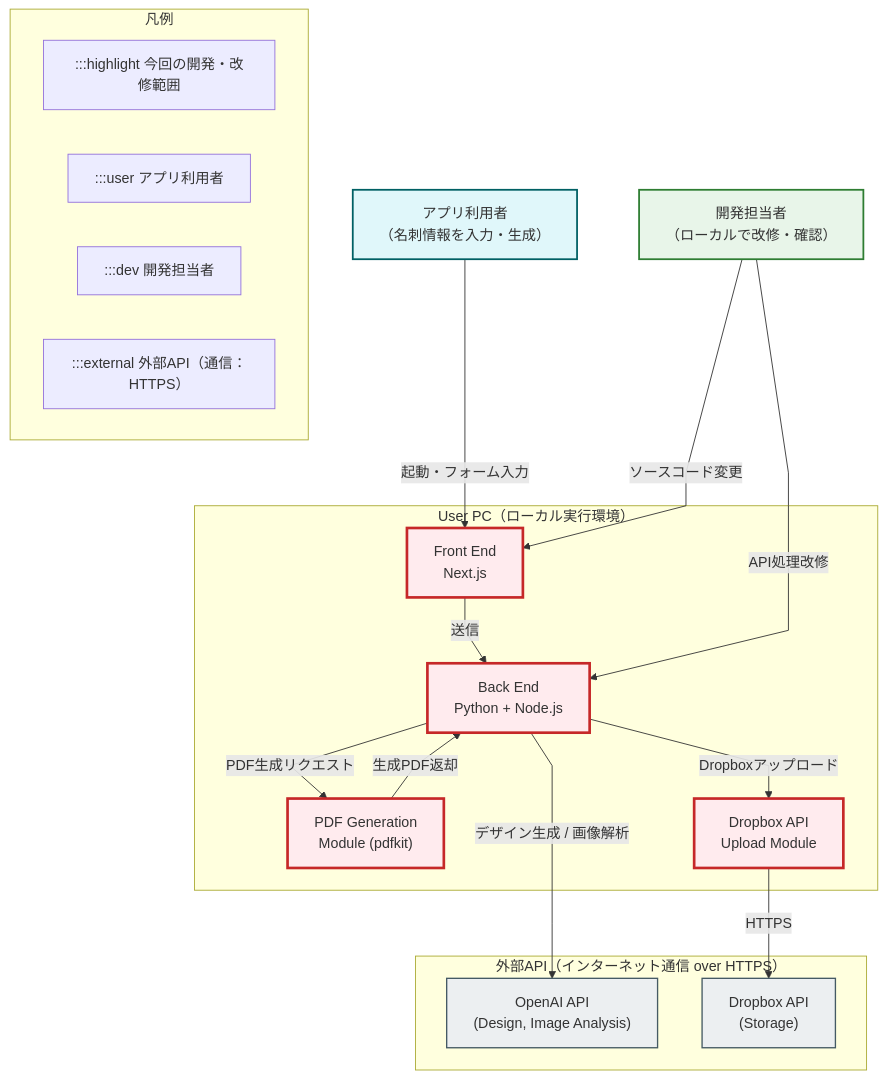
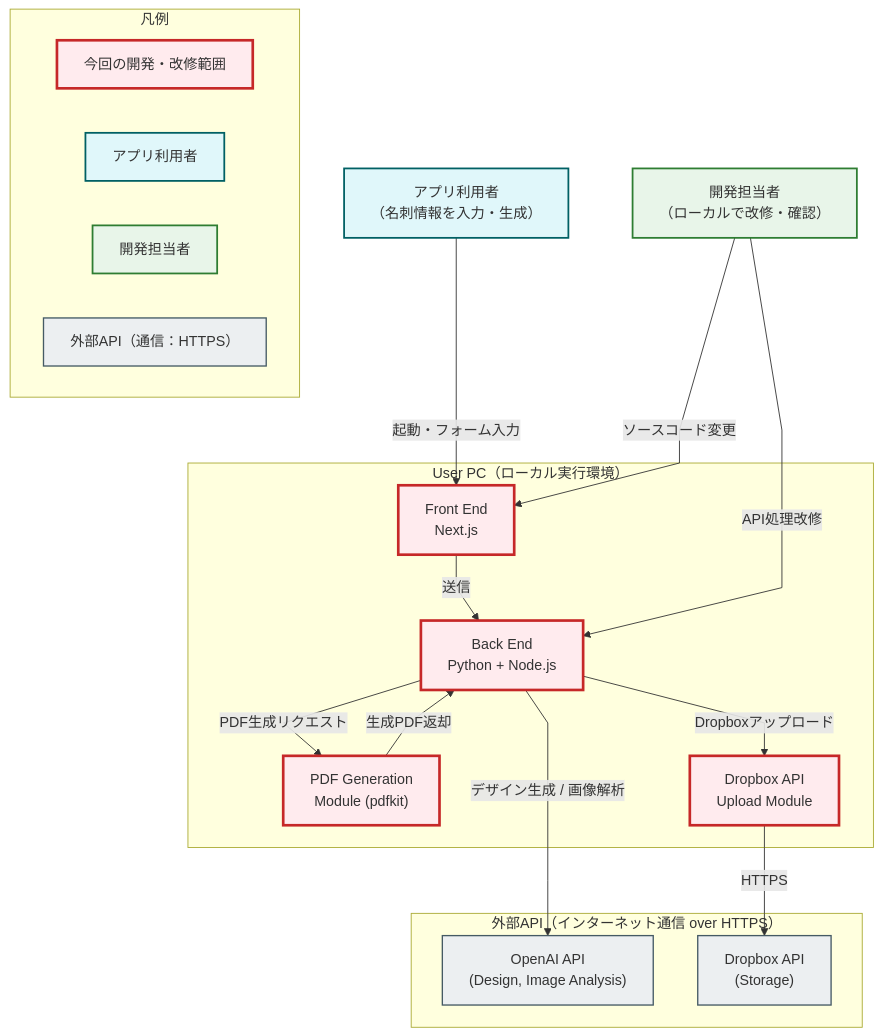
The diagram in README.md (k1105/meishi_generator), drawn with Mermaid before and after one commit.

````diff
--- a/README.md
+++ b/README.md
@@ -1,50 +1,50 @@
 ```mermaid
 %%{init: {'theme': 'default', 'flowchart': { 'curve': 'linear', 'nodeSpacing': 50, 'rankSpacing': 50 }}}%%
 flowchart TD
 
     %% スタイル定義
-    classDef user fill:#E0F7FA,stroke:#006064,stroke-width:2px;
-    classDef dev fill:#E8F5E9,stroke:#2E7D32,stroke-width:2px;
-    classDef api fill:#FFF3E0,stroke:#EF6C00,stroke-width:2px;
-    classDef external fill:#ECEFF1,stroke:#455A64,stroke-width:1.5px;
-    classDef highlight fill:#FFEBEE,stroke:#C62828,stroke-width:3px;
+    classDef user fill:#E0F7FA,stroke:#006064,stroke-width:2px
+    classDef dev fill:#E8F5E9,stroke:#2E7D32,stroke-width:2px
+    classDef api fill:#FFF3E0,stroke:#EF6C00,stroke-width:2px
+    classDef external fill:#ECEFF1,stroke:#455A64,stroke-width:1.5px
+    classDef highlight fill:#FFEBEE,stroke:#C62828,stroke-width:3px
 
     %% ユーザー・開発者
-    User["アプリ利用者\n（名刺情報を入力・生成）"]:::user
-    Dev["開発担当者\n（ローカルで改修・確認）"]:::dev
+    User["アプリ利用者<br/>（名刺情報を入力・生成）"]:::user
+    Dev["開発担当者<br/>（ローカルで改修・確認）"]:::dev
 
     %% ローカル環境
     subgraph UserPC_LocalEnvironment["User PC（ローカル実行環境）"]
-        UI["Front End\nNext.js"]:::highlight
-        API["Back End\nPython + Node.js"]:::highlight
-        PDFGen["PDF Generation\nModule (pdfkit)"]:::highlight
-        DropUpload["Dropbox API\nUpload Module"]:::highlight
+        UI["Front End<br/>Next.js"]:::highlight
+        API["Back End<br/>Python + Node.js"]:::highlight
+        PDFGen["PDF Generation<br/>Module (pdfkit)"]:::highlight
+        DropUpload["Dropbox API<br/>Upload Module"]:::highlight
     end
 
     %% 外部API
     subgraph ExternalAPI["外部API（インターネット通信 over HTTPS）"]
-        OpenAI["OpenAI API\n(Design, Image Analysis)"]:::external
-        Dropbox["Dropbox API\n(Storage)"]:::external
+        OpenAI["OpenAI API<br/>(Design, Image Analysis)"]:::external
+        Dropbox["Dropbox API<br/>(Storage)"]:::external
     end
 
     %% アクセス経路
     User -->|起動・フォーム入力| UI
     UI -->|送信| API
     API -->|PDF生成リクエスト| PDFGen
     PDFGen -->|生成PDF返却| API
     API -->|Dropboxアップロード| DropUpload
     DropUpload -->|HTTPS| Dropbox
     API -->|デザイン生成 / 画像解析| OpenAI
 
     %% 開発者の経路
     Dev -->|ソースコード変更| UI
     Dev -->|API処理改修| API
 
     %% 凡例
     subgraph Legend["凡例"]
-        A1[":::highlight 今回の開発・改修範囲"]
-        A2[":::user アプリ利用者"]
-        A3[":::dev 開発担当者"]
-        A4[":::external 外部API（通信：HTTPS）"]
+        A1["今回の開発・改修範囲"]:::highlight
+        A2["アプリ利用者"]:::user
+        A3["開発担当者"]:::dev
+        A4["外部API（通信：HTTPS）"]:::external
     end
 ```
````
